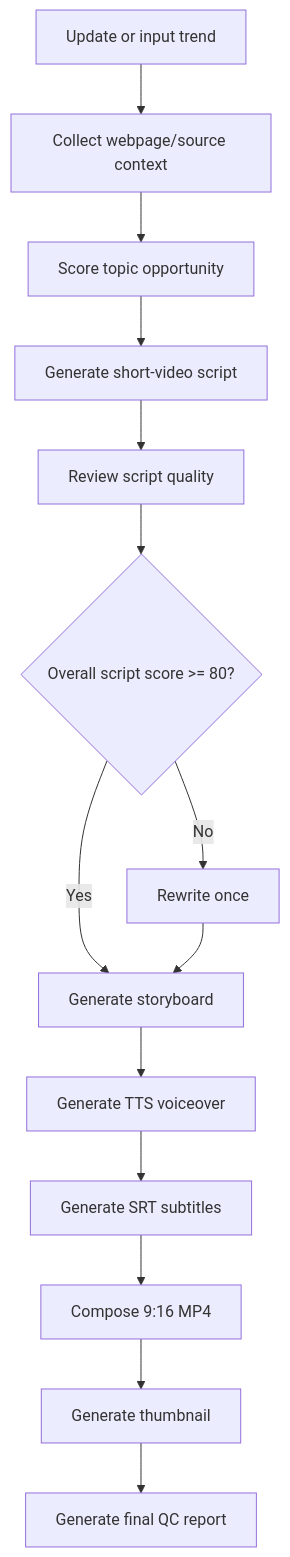
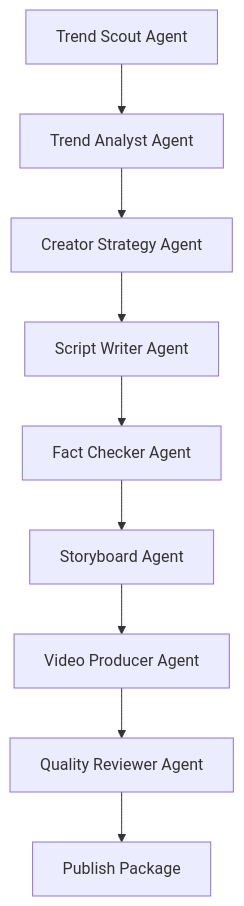
Before and after one commit to 2417467487-hub/Trend2Video-Pro: the diagram in README.md, drawn with Mermaid. The commit also changed other lines of this file and 41 other files, not shown here.

Commit message:
Upgrade Trend2Video Pro agent framework

````diff
--- a/README.md
+++ b/README.md
@@ -137,16 +143,11 @@
 ```mermaid
 flowchart TD
-    A["Update or input trend"] --> B["Collect webpage/source context"]
-    B --> C["Score topic opportunity"]
-    C --> D["Generate short-video script"]
-    D --> E["Review script quality"]
-    E --> F{"Overall script score >= 80?"}
-    F -- "No" --> G["Rewrite once"]
-    F -- "Yes" --> H["Generate storyboard"]
-    G --> H
-    H --> I["Generate TTS voiceover"]
-    I --> J["Generate SRT subtitles"]
-    J --> K["Compose 9:16 MP4"]
-    K --> L["Generate thumbnail"]
-    L --> M["Generate final QC report"]
+    A["Trend Scout Agent"] --> B["Trend Analyst Agent"]
+    B --> C["Creator Strategy Agent"]
+    C --> D["Script Writer Agent"]
+    D --> E["Fact Checker Agent"]
+    E --> F["Storyboard Agent"]
+    F --> G["Video Producer Agent"]
+    G --> H["Quality Reviewer Agent"]
+    H --> I["Publish Package"]
 ```
````
